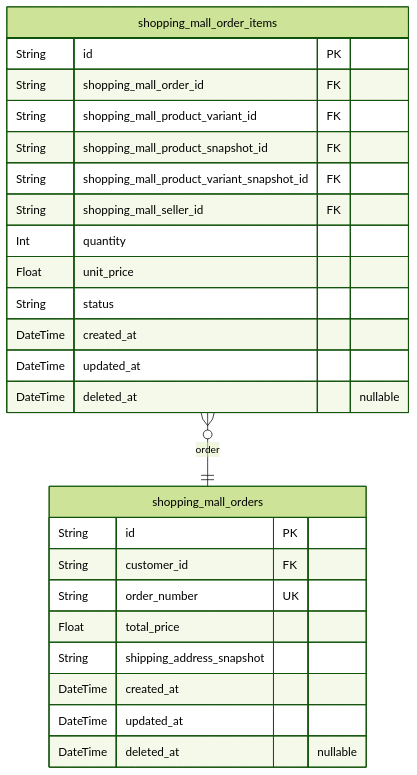
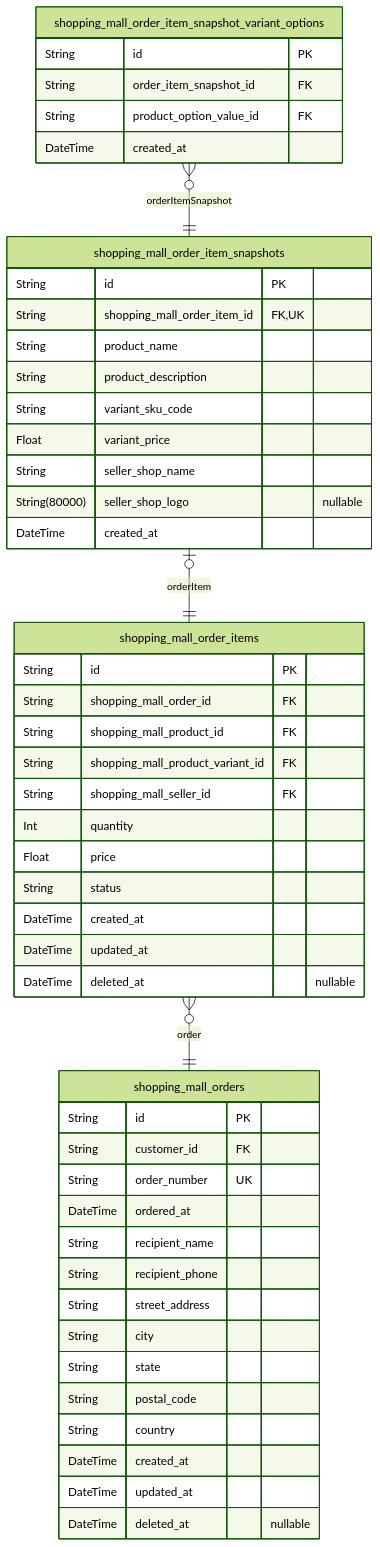
The ninth of 14 diagrams in qwen/qwen3.5-397b-a17b/shopping/docs/ERD.md (wrtnlabs/autobe-examples), drawn with Mermaid (forest theme) before and after one commit. The commit also changed other lines of this file and 9017 other files, not shown here.

````diff
--- a/qwen/qwen3.5-397b-a17b/shopping/docs/ERD.md
+++ b/qwen/qwen3.5-397b-a17b/shopping/docs/ERD.md
@@ -1012,28 +1170,52 @@
 ```mermaid
 erDiagram
 "shopping_mall_orders" {
   String id PK
   String customer_id FK
   String order_number UK
-  Float total_price
-  String shipping_address_snapshot
+  DateTime ordered_at
+  String recipient_name
+  String recipient_phone
+  String street_address
+  String city
+  String state
+  String postal_code
+  String country
   DateTime created_at
   DateTime updated_at
   DateTime deleted_at "nullable"
 }
 "shopping_mall_order_items" {
   String id PK
   String shopping_mall_order_id FK
+  String shopping_mall_product_id FK
   String shopping_mall_product_variant_id FK
-  String shopping_mall_product_snapshot_id FK
-  String shopping_mall_product_variant_snapshot_id FK
   String shopping_mall_seller_id FK
   Int quantity
-  Float unit_price
+  Float price
   String status
   DateTime created_at
   DateTime updated_at
   DateTime deleted_at "nullable"
 }
+"shopping_mall_order_item_snapshots" {
+  String id PK
+  String shopping_mall_order_item_id FK,UK
+  String product_name
+  String product_description
+  String variant_sku_code
+  Float variant_price
+  String seller_shop_name
+  String(80000) seller_shop_logo "nullable"
+  DateTime created_at
+}
+"shopping_mall_order_item_snapshot_variant_options" {
+  String id PK
+  String order_item_snapshot_id FK
+  String product_option_value_id FK
+  DateTime created_at
+}
 "shopping_mall_order_items" }o--|| "shopping_mall_orders" : order
+"shopping_mall_order_item_snapshots" |o--|| "shopping_mall_order_items" : orderItem
+"shopping_mall_order_item_snapshot_variant_options" }o--|| "shopping_mall_order_item_snapshots" : orderItemSnapshot
 ```
````
